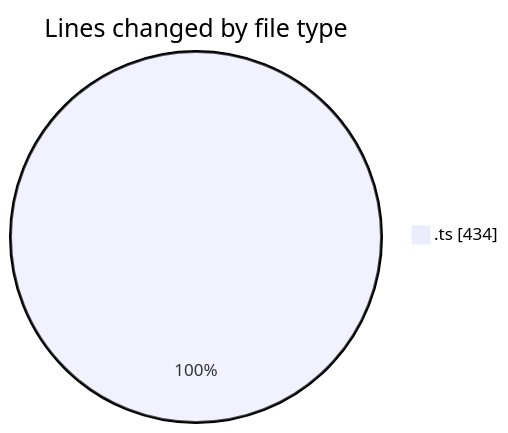
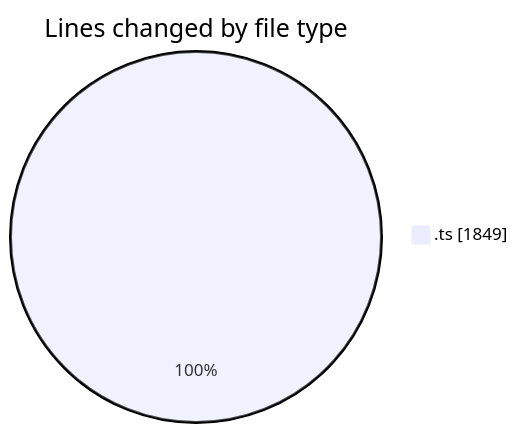
The first of 2 diagrams in 2025-06-03/ecodeli-1/README.md (CELIANVF/code-tracking), drawn with Mermaid before and after one commit. The commit also changed other lines of this file and 1 other file, not shown here.

````diff
--- a/2025-06-03/ecodeli-1/README.md
+++ b/2025-06-03/ecodeli-1/README.md
@@ -28,5 +29,5 @@
 ```mermaid
 pie showData
 title Lines changed by file type
-".ts" : 434
+".ts" : 1849
 ```
````
